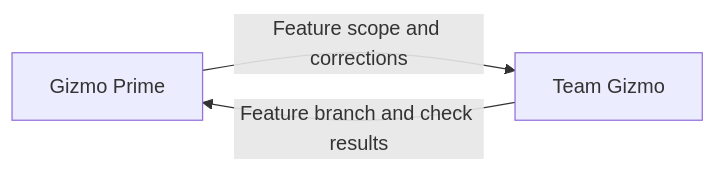
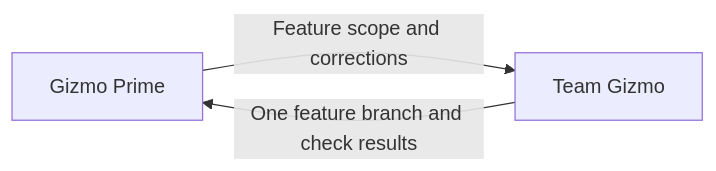
The diagram in cortex/agents/gizmo-prime/AGENTS.md (ai-ai-ai-ai-ai-ai-ai/meta-cortex), drawn with Mermaid before and after one commit. The commit also changed other lines of this file and 5 other files, not shown here.

Commit message:
Clarify one feature branch with many worker task branches

````diff
--- a/cortex/agents/gizmo-prime/AGENTS.md
+++ b/cortex/agents/gizmo-prime/AGENTS.md
@@ -14,5 +14,5 @@
 ```mermaid
 flowchart LR
     P[Gizmo Prime] -->|Feature scope and corrections| G[Team Gizmo]
-    G -->|Feature branch and check results| P
+    G -->|One feature branch and check results| P
 ```
````
